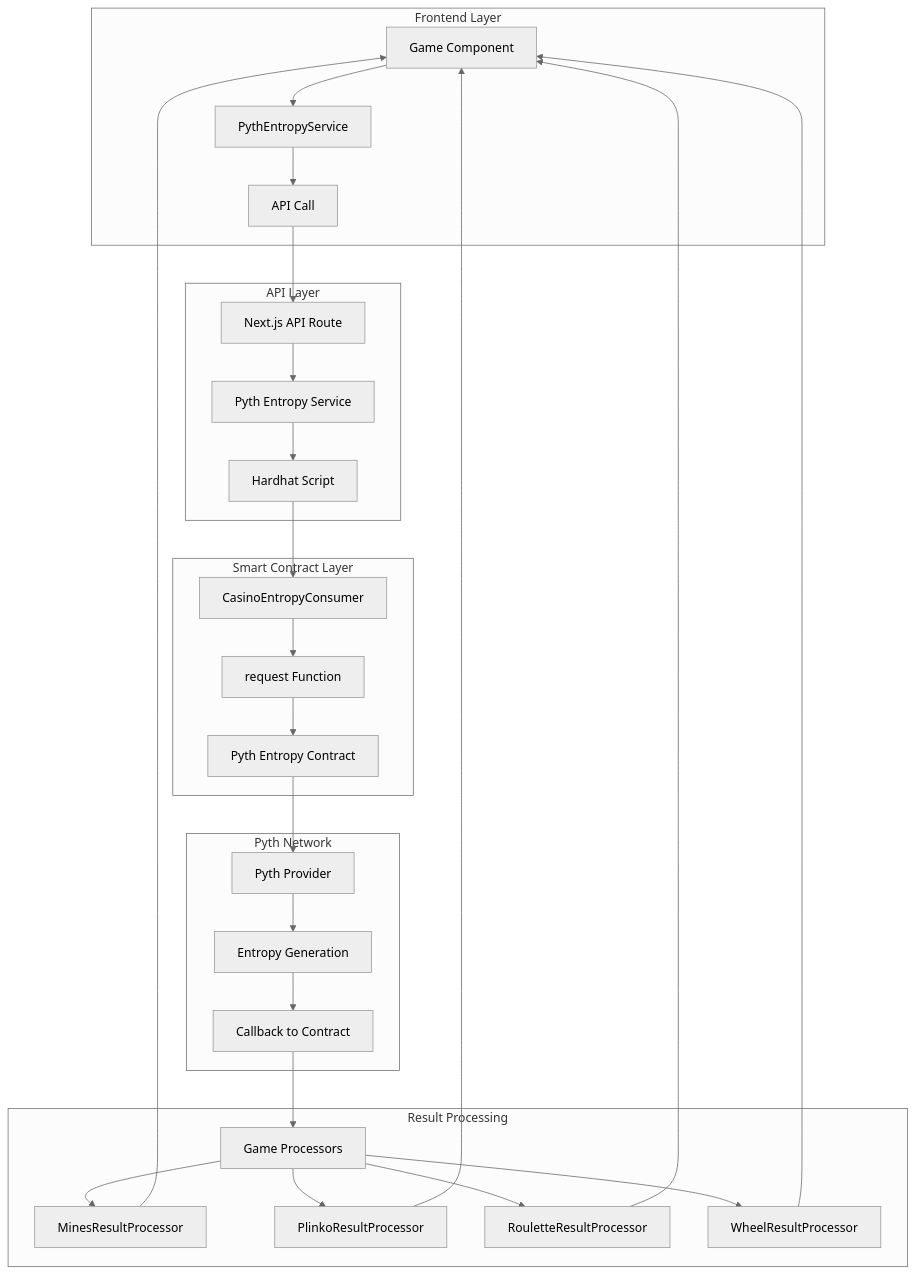
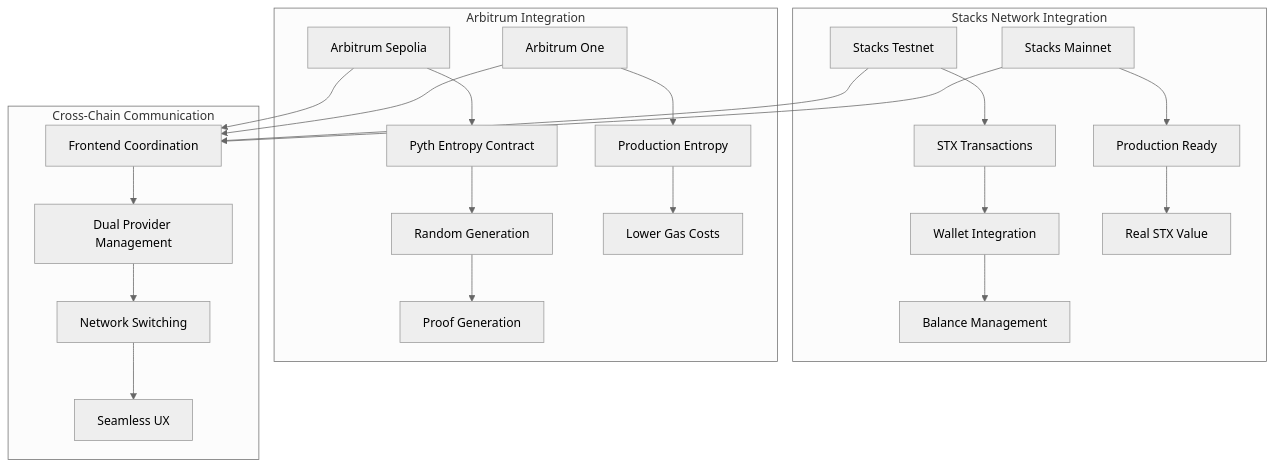
Before and after one commit to AmaanSayyad/APT-Casino-Stacks: diagram 11 of 12 in MERMAID_DIAGRAMS.md, drawn with Mermaid (neutral theme). The commit also changed other lines of this file and 5 other files, not shown here.

````diff
--- a/MERMAID_DIAGRAMS.md
+++ b/MERMAID_DIAGRAMS.md
@@ -408,38 +313,31 @@
 ```mermaid
 graph TB
-    subgraph Frontend["Frontend Layer"]
-        A[Game Component] --> B[PythEntropyService]
-        B --> C[API Call]
+    subgraph StacksNetwork["Stacks Network Integration"]
+        A[Stacks Testnet] --> B[STX Transactions]
+        B --> C[Wallet Integration]
+        C --> D[Balance Management]
+        
+        E[Stacks Mainnet] --> F[Production Ready]
+        F --> G[Real STX Value]
     end
     
-    subgraph API["API Layer"]
-        D[Next.js API Route] --> E[Pyth Entropy Service]
-        E --> F[Hardhat Script]
+    subgraph ArbitrumNetwork["Arbitrum Integration"]
+        H[Arbitrum Sepolia] --> I[Pyth Entropy Contract]
+        I --> J[Random Generation]
+        J --> K[Proof Generation]
+        
+        L[Arbitrum One] --> M[Production Entropy]
+        M --> N[Lower Gas Costs]
     end
     
-    subgraph Contract["Smart Contract Layer"]
-        G[CasinoEntropyConsumer] --> H[request Function]
-        H --> I[Pyth Entropy Contract]
+    subgraph CrossChain["Cross-Chain Communication"]
+        O[Frontend Coordination] --> P[Dual Provider Management]
+        P --> Q[Network Switching]
+        Q --> R[Seamless UX]
     end
     
-    subgraph Pyth["Pyth Network"]
-        J[Pyth Provider] --> K[Entropy Generation]
-        K --> L[Callback to Contract]
-    end
-    
-    subgraph Processing["Result Processing"]
-        M[Game Processors] --> N[MinesResultProcessor]
-        M --> O[PlinkoResultProcessor]
-        M --> P[RouletteResultProcessor]
-        M --> Q[WheelResultProcessor]
-    end
-    
-    C --> D
-    F --> G
-    I --> J
-    L --> M
-    N --> A
-    O --> A
-    P --> A
-    Q --> A
+    A --> O
+    H --> O
+    E --> O
+    L --> O
 ```
````
